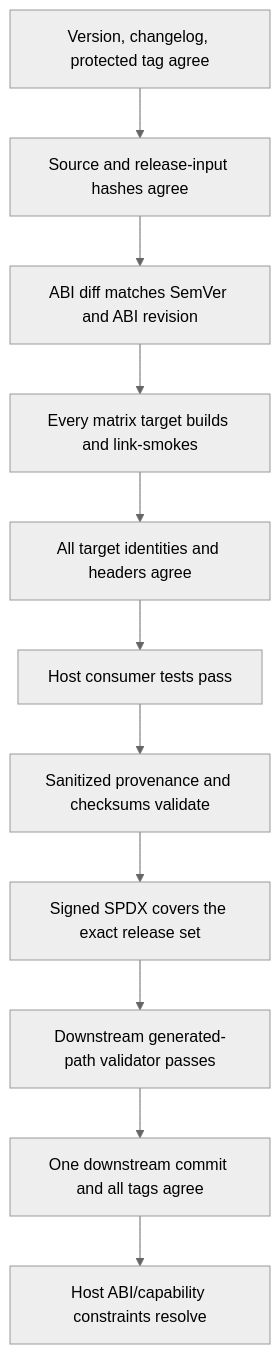
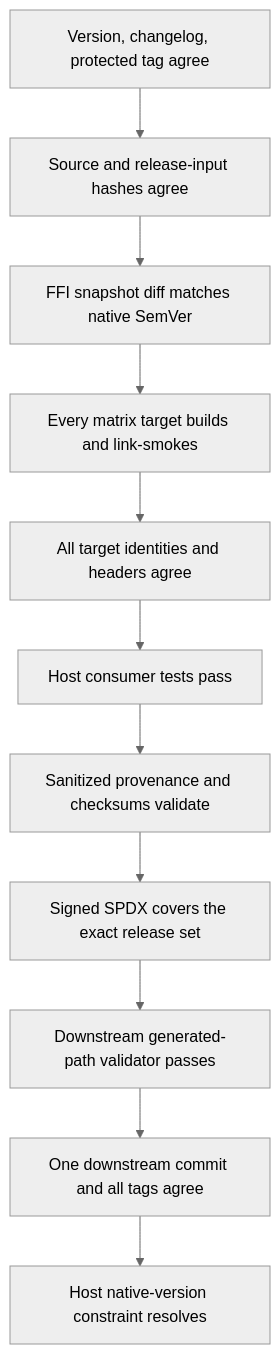
One commit to Azure/azure-sdk-for-rust changed the third of 3 diagrams in sdk/cosmos/azure_data_cosmos_driver_native/docs/NATIVE_VERSIONING_AND_RELEASES.md. Above: the diagram before and after it, drawn with Mermaid (neutral theme). The commit also changed other lines of this file and 2 other files, not shown here.

First line of the commit message:
Simplify native version contract

````diff
--- a/sdk/cosmos/azure_data_cosmos_driver_native/docs/NATIVE_VERSIONING_AND_RELEASES.md
+++ b/sdk/cosmos/azure_data_cosmos_driver_native/docs/NATIVE_VERSIONING_AND_RELEASES.md
@@ -522,16 +493,16 @@
 ```mermaid
 flowchart TD
     A["Version, changelog, protected tag agree"]
     B["Source and release-input hashes agree"]
-    C["ABI diff matches SemVer and ABI revision"]
+    C["FFI snapshot diff matches native SemVer"]
     D["Every matrix target builds and link-smokes"]
     E["All target identities and headers agree"]
     F["Host consumer tests pass"]
     G["Sanitized provenance and checksums validate"]
     H["Signed SPDX covers the exact release set"]
     I["Downstream generated-path validator passes"]
     J["One downstream commit and all tags agree"]
-    K["Host ABI/capability constraints resolve"]
+    K["Host native-version constraint resolves"]
 
     A --> B --> C --> D --> E --> F --> G --> H --> I --> J --> K
 ```
````
